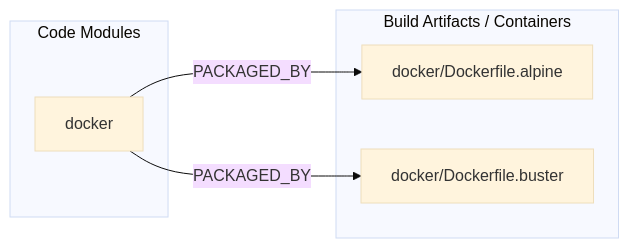
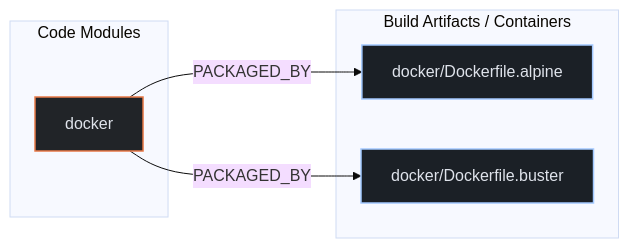
One commit to kumarshaz/atruss-code-atlas changed the first of 2 diagrams in exports/latest/reports/zulip-zulip-terminal-report.md. Above: the diagram before and after it, drawn with Mermaid (base theme). The commit also changed other lines of this file and 331 other files, not shown here.

Commit message:
docs,ui,fix: update SDLC docs, reorder CI/CD DAG first, stylize Mermaid, and fix Arc42 pipeline topology

````diff
--- a/exports/latest/reports/zulip-zulip-terminal-report.md
+++ b/exports/latest/reports/zulip-zulip-terminal-report.md
@@ -55,12 +55,16 @@
 ```mermaid
 flowchart LR
+    classDef atlasCategory fill:#212428,stroke:#E87A48,stroke-width:1.5px,color:#dfe3eb
+    classDef atlasWorkflow fill:#1b2026,stroke:#a3c9ff,stroke-width:1.5px,color:#dfe3eb
+    classDef atlasJob fill:#171c22,stroke:#8d9199,stroke-width:1px,color:#dfe3eb
+    classDef atlasTarget fill:#005227,stroke:#8bd99b,stroke-width:1.5px,color:#a7f6b6
     subgraph code_modules["Code Modules"]
-        mod_docker["docker"]
+        mod_docker["docker"]:::atlasCategory
     end
     subgraph build_artifacts["Build Artifacts / Containers"]
-        art_docker_Dockerfile_alpine["docker/Dockerfile.alpine"]
-        art_docker_Dockerfile_buster["docker/Dockerfile.buster"]
+        art_docker_Dockerfile_alpine["docker/Dockerfile.alpine"]:::atlasWorkflow
+        art_docker_Dockerfile_buster["docker/Dockerfile.buster"]:::atlasWorkflow
     end
     mod_docker -->|PACKAGED_BY| art_docker_Dockerfile_alpine
     mod_docker -->|PACKAGED_BY| art_docker_Dockerfile_buster
 ```
````
